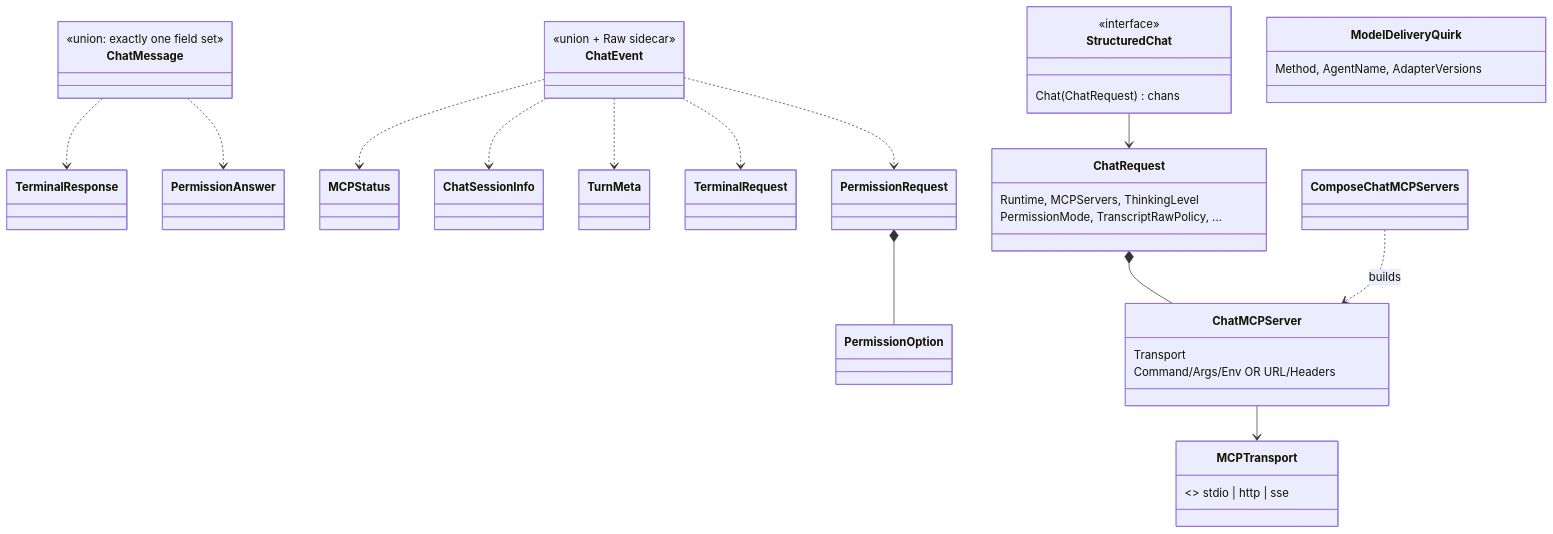
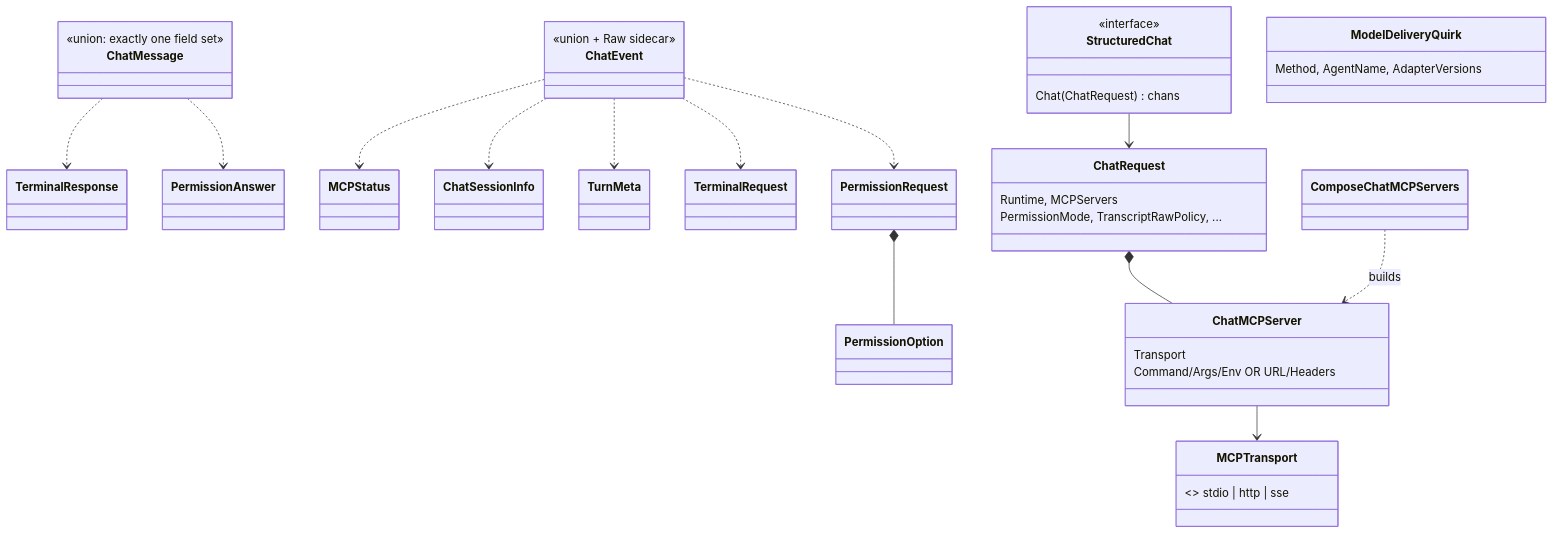
The diagram in docs/architecture/shared/agent-chat.md (ctxloom/ctxloom), drawn with Mermaid before and after one commit. The commit also changed 11 other files, not shown here.

````diff
--- a/docs/architecture/shared/agent-chat.md
+++ b/docs/architecture/shared/agent-chat.md
@@ -5,48 +5,48 @@
 ```mermaid
 classDiagram
     class StructuredChat {
         <<interface>>
         Chat(ChatRequest) chans
     }
     class ChatRequest {
-        Runtime, MCPServers, ThinkingLevel
+        Runtime, MCPServers
         PermissionMode, TranscriptRawPolicy, ...
     }
     class ChatMessage {
         <<union: exactly one field set>>
     }
     class ChatEvent {
         <<union + Raw sidecar>>
     }
     class PermissionRequest
     class PermissionOption
     class PermissionAnswer
     class TerminalRequest
     class TerminalResponse
     class TurnMeta
     class ChatSessionInfo
     class MCPStatus
     class ChatMCPServer {
         Transport
         Command/Args/Env  OR  URL/Headers
     }
     class MCPTransport {
         <<enum>> stdio | http | sse
     }
     class ModelDeliveryQuirk {
         Method, AgentName, AdapterVersions
     }
 
     StructuredChat --> ChatRequest
     ChatRequest *-- ChatMCPServer
     ChatMCPServer --> MCPTransport
     ChatEvent ..> PermissionRequest
     ChatEvent ..> TerminalRequest
     ChatEvent ..> TurnMeta
     ChatEvent ..> ChatSessionInfo
     ChatEvent ..> MCPStatus
     ChatMessage ..> PermissionAnswer
     ChatMessage ..> TerminalResponse
     PermissionRequest *-- PermissionOption
     ComposeChatMCPServers ..> ChatMCPServer : builds
 ```
````
